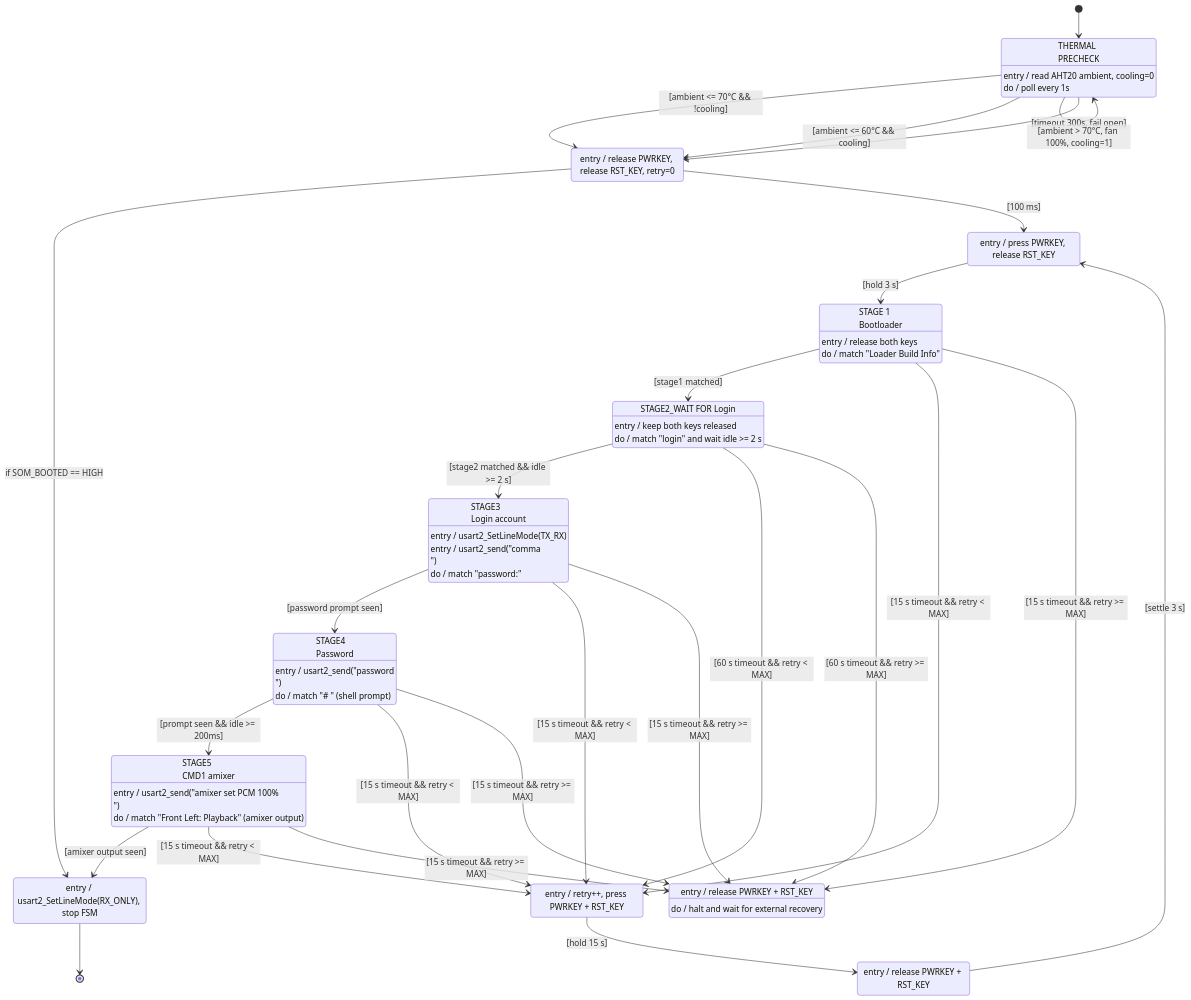
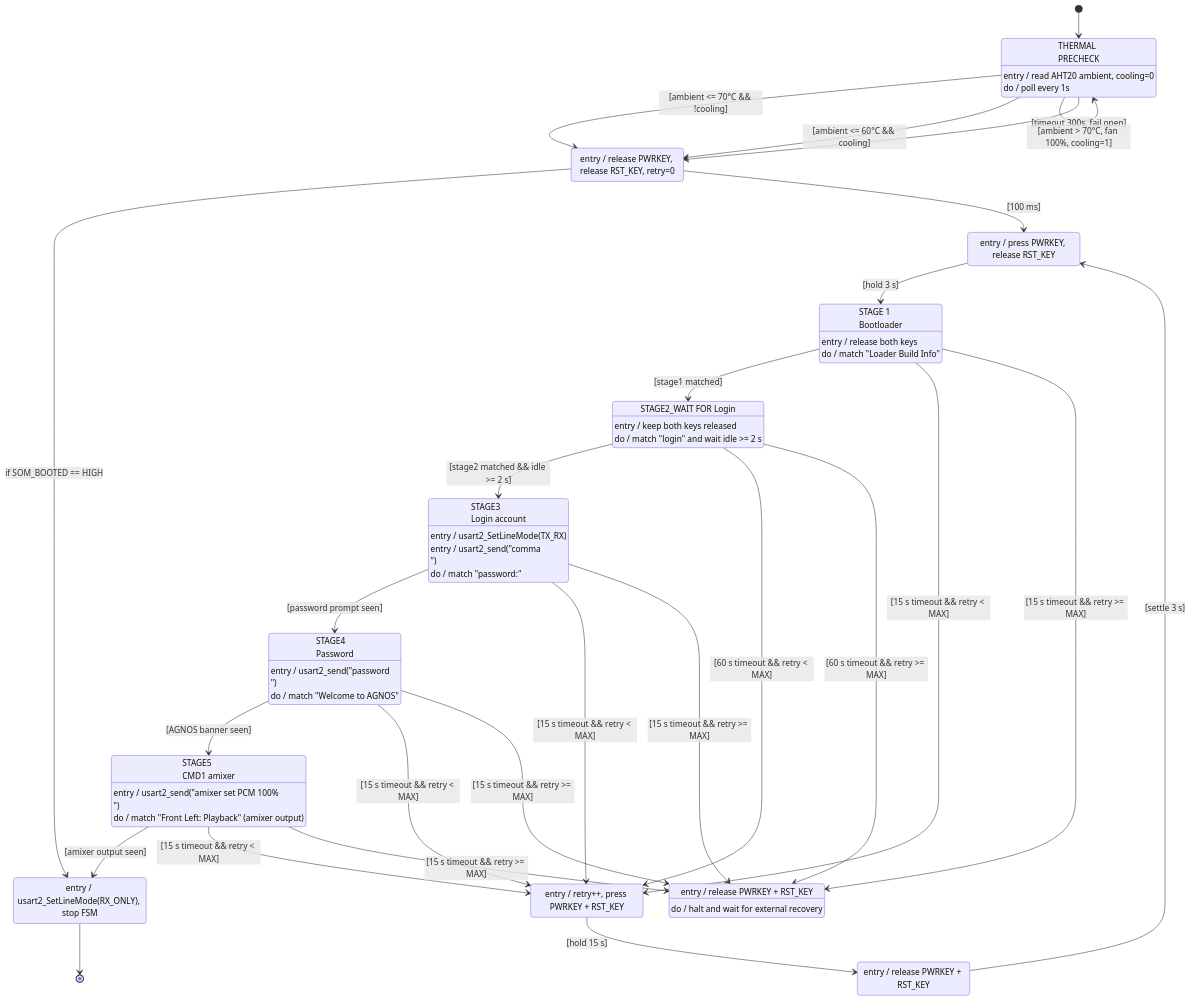
One commit to Vkd4U2NtVkZOVg/py32_control changed diagram 11 of 15 in WORKLOG.md. Above: the diagram before and after it, drawn with Mermaid. The commit also changed 1 other file, not shown here.

Commit message:
fix(sdm845): STAGE4 matches 'Welcome to AGNOS'; BOOT_SUCCESS restores RX-only
- STAGE4 success criterion changes from the '# ' shell prompt to the
  'Welcome to AGNOS' login banner (device-agnostic: works regardless of
  root-vs-user shell; verified 1 hit in the banner, 0 in boot logs).
- st_BootSuccess_Cb now calls USART2_SetLineMode(1) on entry, switching
  USART2 back to RX-only after the login commands, so the PY32 TX
  driver never fights the parallel CH343 bridge once boot is done.

````diff
--- a/WORKLOG.md
+++ b/WORKLOG.md
@@ -826,69 +826,69 @@
 ```mermaid
 stateDiagram-v2
     direction TB
 
     [*] --> THERMAL_PRECHECK
 
     state "THERMAL\nPRECHECK" as THERMAL_PRECHECK
     THERMAL_PRECHECK : entry / read AHT20 ambient, cooling=0
     THERMAL_PRECHECK : do / poll every 1s
     THERMAL_PRECHECK --> POWER_ON_WAIT : [ambient <= 70°C && !cooling]
     THERMAL_PRECHECK --> POWER_ON_WAIT : [ambient <= 60°C && cooling]
     THERMAL_PRECHECK --> POWER_ON_WAIT : [timeout 300s, fail open]
     THERMAL_PRECHECK --> THERMAL_PRECHECK : [ambient > 70°C, fan 100%, cooling=1]
 
     POWER_ON_WAIT : entry / release PWRKEY, release RST_KEY, retry=0
     POWER_ON_WAIT --> BOOT_SUCCESS: if SOM_BOOTED == HIGH
     POWER_ON_WAIT --> PWR_PRESS : [100 ms]
 
     PWR_PRESS : entry / press PWRKEY, release RST_KEY
     PWR_PRESS --> BOOT_CHECK : [hold 3 s]
 
     state "STAGE 1\nBootloader" as BOOT_CHECK
     BOOT_CHECK : entry / release both keys
     BOOT_CHECK : do / match "Loader Build Info"
     BOOT_CHECK --> STAGE2_WAIT : [stage1 matched]
     BOOT_CHECK --> BOOT_RESET : [15 s timeout && retry < MAX]
     BOOT_CHECK --> STRAP_FAIL : [15 s timeout && retry >= MAX]
 
     state "STAGE2_WAIT FOR Login" as STAGE2_WAIT
     STAGE2_WAIT : entry / keep both keys released
     STAGE2_WAIT : do / match "login" and wait idle >= 2 s
     STAGE2_WAIT --> STAGE3_WAIT : [stage2 matched && idle >= 2 s]
     STAGE2_WAIT --> BOOT_RESET : [60 s timeout && retry < MAX]
     STAGE2_WAIT --> STRAP_FAIL : [60 s timeout && retry >= MAX]
 
     state "STAGE3\nLogin account" as STAGE3_WAIT
     STAGE3_WAIT : entry / usart2_SetLineMode(TX_RX)
     STAGE3_WAIT : entry / usart2_send("comma\n")
     STAGE3_WAIT : do / match "password:"
     STAGE3_WAIT --> STAGE4_WAIT : [password prompt seen]
     STAGE3_WAIT --> BOOT_RESET : [15 s timeout && retry < MAX]
     STAGE3_WAIT --> STRAP_FAIL : [15 s timeout && retry >= MAX]
 
     state "STAGE4\nPassword" as STAGE4_WAIT
     STAGE4_WAIT : entry / usart2_send("password\n")
-    STAGE4_WAIT : do / match "# " (shell prompt)
-    STAGE4_WAIT --> STAGE5_WAIT : [prompt seen && idle >= 200ms]
+    STAGE4_WAIT : do / match "Welcome to AGNOS"
+    STAGE4_WAIT --> STAGE5_WAIT : [AGNOS banner seen]
     STAGE4_WAIT --> BOOT_RESET : [15 s timeout && retry < MAX]
     STAGE4_WAIT --> STRAP_FAIL : [15 s timeout && retry >= MAX]
 
     state "STAGE5\nCMD1 amixer" as STAGE5_WAIT
     STAGE5_WAIT : entry / usart2_send("amixer set PCM 100%\n")
     STAGE5_WAIT : do / match "Front Left: Playback" (amixer output)
     STAGE5_WAIT --> BOOT_SUCCESS : [amixer output seen]
     STAGE5_WAIT --> BOOT_RESET : [15 s timeout && retry < MAX]
     STAGE5_WAIT --> STRAP_FAIL : [15 s timeout && retry >= MAX]
 
     BOOT_SUCCESS : entry / usart2_SetLineMode(RX_ONLY), stop FSM
     BOOT_SUCCESS --> [*]
 
     BOOT_RESET : entry / retry++, press PWRKEY + RST_KEY
     BOOT_RESET --> PMIC_SETTLE : [hold 15 s]
 
     PMIC_SETTLE : entry / release PWRKEY + RST_KEY
     PMIC_SETTLE --> PWR_PRESS : [settle 3 s]
 
     STRAP_FAIL : entry / release PWRKEY + RST_KEY
     STRAP_FAIL : do / halt and wait for external recovery
 ```
````
